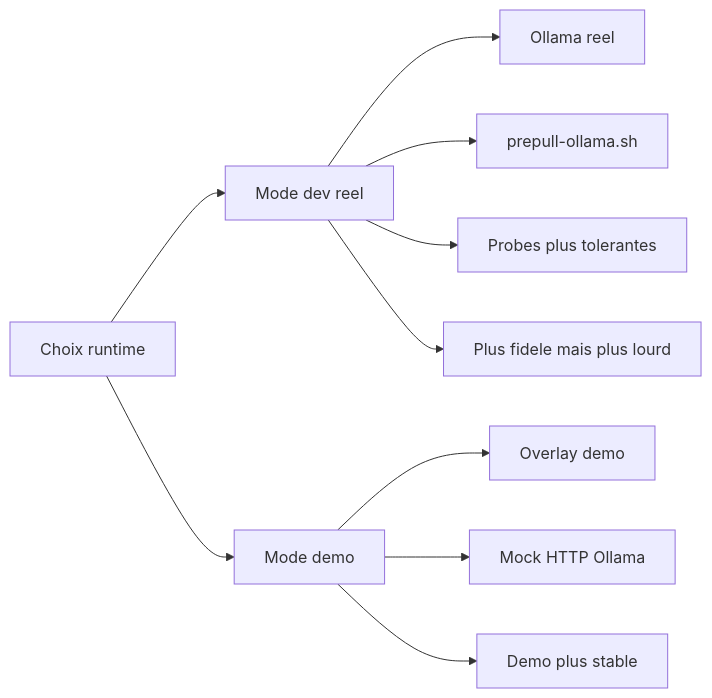
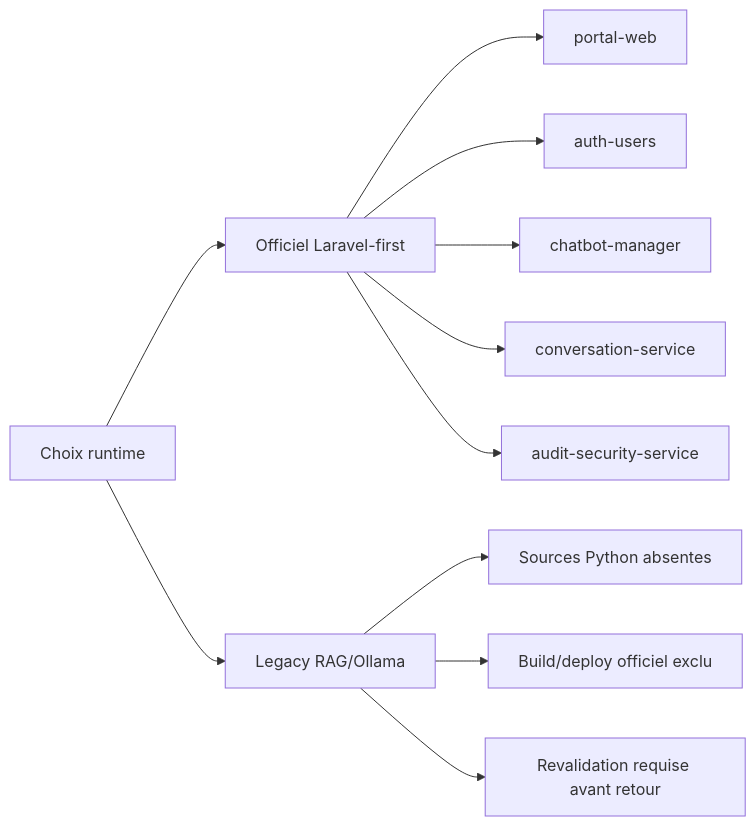
Before and after one commit to YassinoMed/MasterPFE: the ninth of 12 diagrams in docs/architecture/devsecops-mermaid.md, drawn with Mermaid. The commit also changed other lines of this file and 144 other files, not shown here.

````diff
--- a/docs/architecture/devsecops-mermaid.md
+++ b/docs/architecture/devsecops-mermaid.md
@@ -150,14 +146,15 @@
 ```mermaid
 flowchart LR
-  A["Choix runtime"] --> B["Mode dev reel"]
-  A --> C["Mode demo"]
+  A["Choix runtime"] --> B["Officiel Laravel-first"]
+  A --> C["Legacy RAG/Ollama"]
 
-  B --> B1["Ollama reel"]
-  B --> B2["prepull-ollama.sh"]
-  B --> B3["Probes plus tolerantes"]
-  B --> B4["Plus fidele mais plus lourd"]
+  B --> B1["portal-web"]
+  B --> B2["auth-users"]
+  B --> B3["chatbot-manager"]
+  B --> B4["conversation-service"]
+  B --> B5["audit-security-service"]
 
-  C --> C1["Overlay demo"]
-  C --> C2["Mock HTTP Ollama"]
-  C --> C3["Demo plus stable"]
+  C --> C1["Sources Python absentes"]
+  C --> C2["Build/deploy officiel exclu"]
+  C --> C3["Revalidation requise avant retour"]
 ```
````
